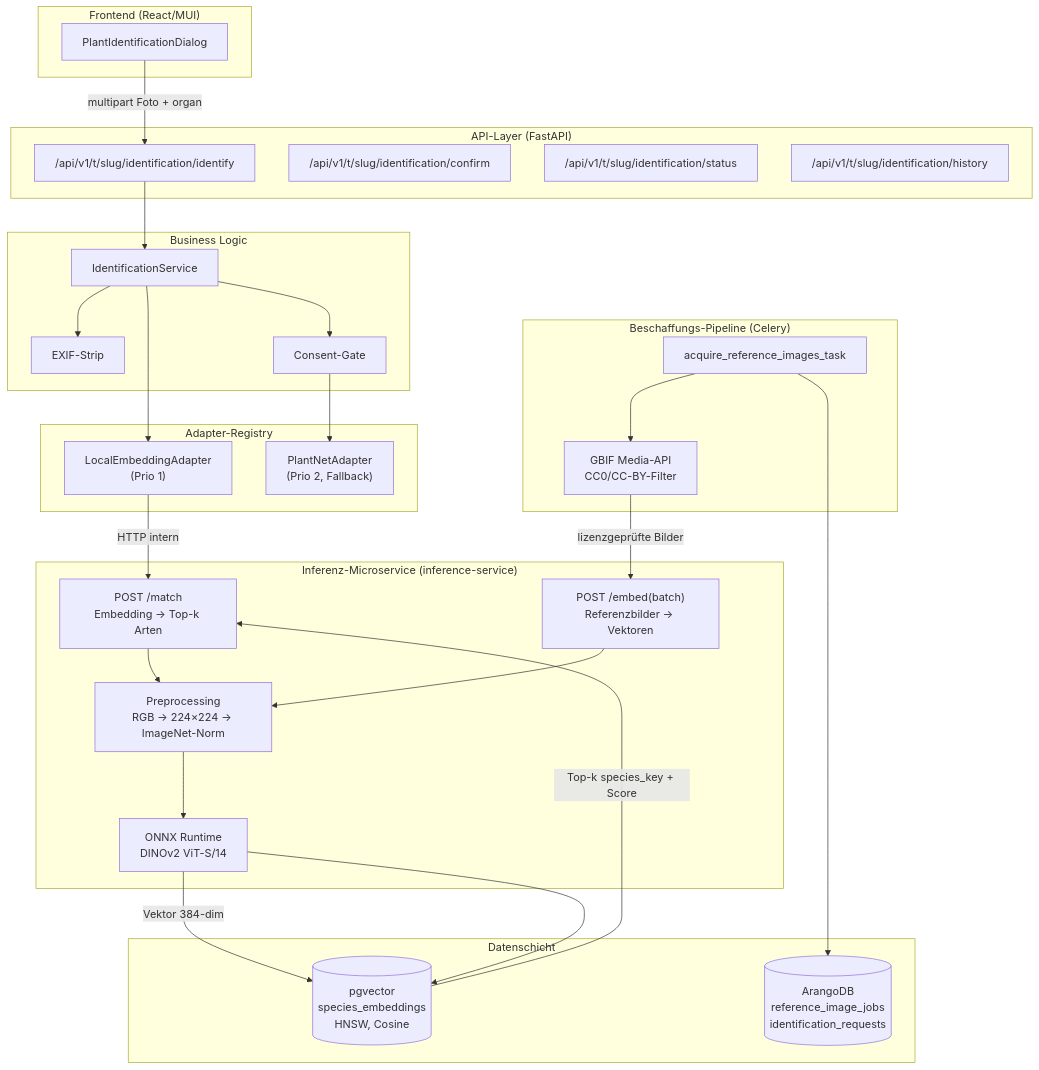
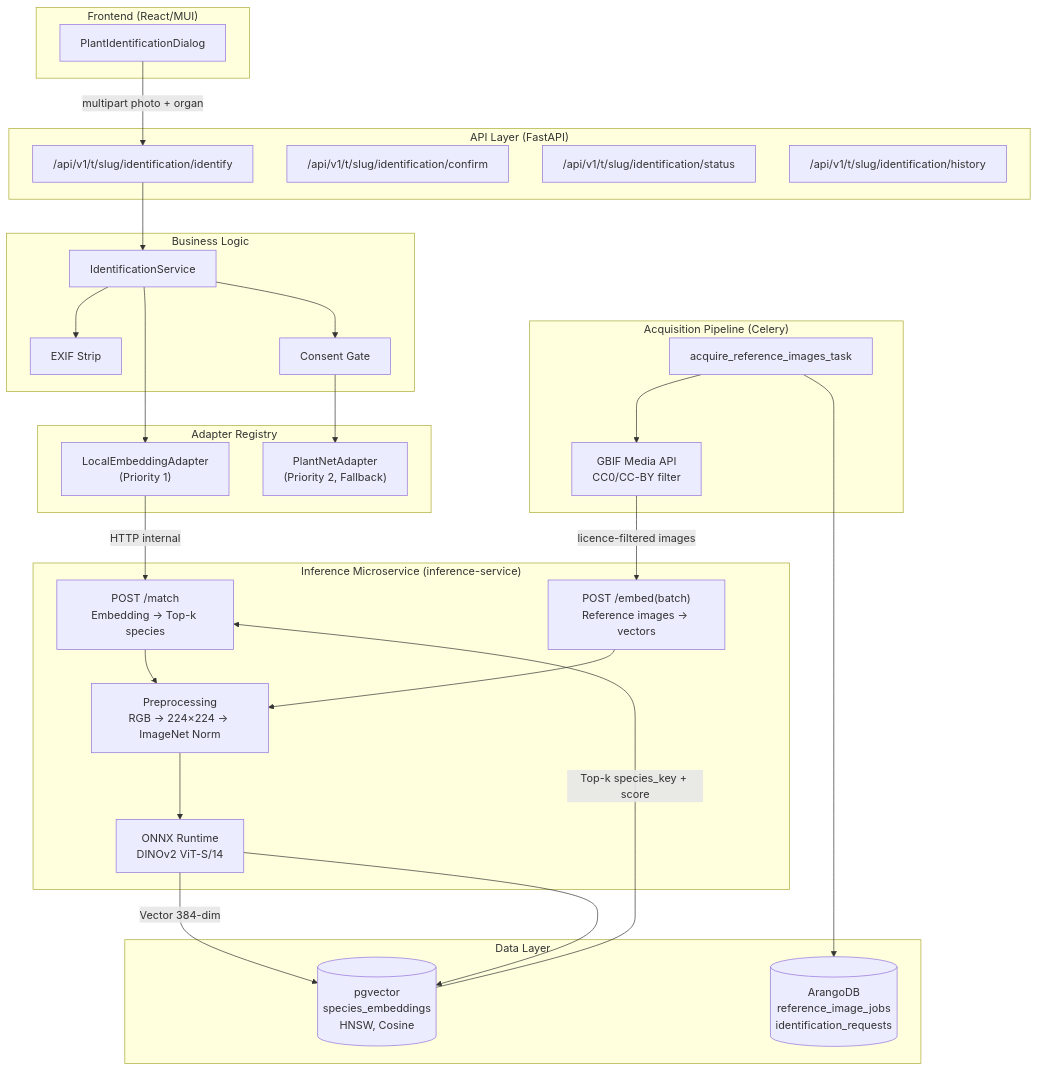
One commit to nolte/kamerplanter changed the third of 3 diagrams in docs/de/architecture/ai-architecture.md. Above: the diagram before and after it, drawn with Mermaid. The commit also changed other lines of this file and 44 other files, not shown here.

First line of the commit message:
docs: make all Mermaid diagrams spec-compliant (repo-wide sweep)

````diff
--- a/docs/de/architecture/ai-architecture.md
+++ b/docs/de/architecture/ai-architecture.md
@@ -526,60 +529,60 @@
 ```mermaid
-graph TB
+flowchart TB
     subgraph "Frontend (React/MUI)"
         PID[PlantIdentificationDialog]
     end
 
-    subgraph "API-Layer (FastAPI)"
+    subgraph "API Layer (FastAPI)"
         RI["/api/v1/t/slug/identification/identify"]
         RC["/api/v1/t/slug/identification/confirm"]
         RS["/api/v1/t/slug/identification/status"]
         RH["/api/v1/t/slug/identification/history"]
     end
 
     subgraph "Business Logic"
         IS[IdentificationService]
-        EXIF[EXIF-Strip]
-        CGATE[Consent-Gate]
+        EXIF[EXIF Strip]
+        CGATE[Consent Gate]
     end
 
-    subgraph "Adapter-Registry"
-        LEA["LocalEmbeddingAdapter<br/>(Prio 1)"]
-        PNA["PlantNetAdapter<br/>(Prio 2, Fallback)"]
+    subgraph "Adapter Registry"
+        LEA["LocalEmbeddingAdapter<br/>(Priority 1)"]
+        PNA["PlantNetAdapter<br/>(Priority 2, Fallback)"]
     end
 
-    subgraph "Inferenz-Microservice (inference-service)"
+    subgraph "Inference Microservice (inference-service)"
         ONNX["ONNX Runtime<br/>DINOv2 ViT-S/14"]
-        PRE["Preprocessing<br/>RGB → 224×224 → ImageNet-Norm"]
-        MATCH["POST /match<br/>Embedding → Top-k Arten"]
-        EMBED["POST /embed(batch)<br/>Referenzbilder → Vektoren"]
+        PRE["Preprocessing<br/>RGB → 224×224 → ImageNet Norm"]
+        MATCH["POST /match<br/>Embedding → Top-k species"]
+        EMBED["POST /embed(batch)<br/>Reference images → vectors"]
     end
 
-    subgraph "Datenschicht"
+    subgraph "Data Layer"
         PGV[("pgvector<br/>species_embeddings<br/>HNSW, Cosine")]
         ARD[("ArangoDB<br/>reference_image_jobs<br/>identification_requests")]
     end
 
-    subgraph "Beschaffungs-Pipeline (Celery)"
-        GBIF["GBIF Media-API<br/>CC0/CC-BY-Filter"]
+    subgraph "Acquisition Pipeline (Celery)"
+        GBIF["GBIF Media API<br/>CC0/CC-BY filter"]
         ACQ["acquire_reference_images_task"]
     end
 
-    PID -->|"multipart Foto + organ"| RI
+    PID -->|"multipart photo + organ"| RI
     RI --> IS
     IS --> EXIF
     IS --> CGATE
     IS --> LEA
     CGATE --> PNA
 
-    LEA -->|"HTTP intern"| MATCH
+    LEA -->|"HTTP internal"| MATCH
     MATCH --> PRE
     PRE --> ONNX
-    ONNX -->|"Vektor 384-dim"| PGV
-    PGV -->|"Top-k species_key + Score"| MATCH
+    ONNX -->|"Vector 384-dim"| PGV
+    PGV -->|"Top-k species_key + score"| MATCH
 
     ACQ --> GBIF
-    GBIF -->|"lizenzgeprüfte Bilder"| EMBED
+    GBIF -->|"licence-filtered images"| EMBED
     EMBED --> PRE
     ONNX --> PGV
     ACQ --> ARD
 ```
````
